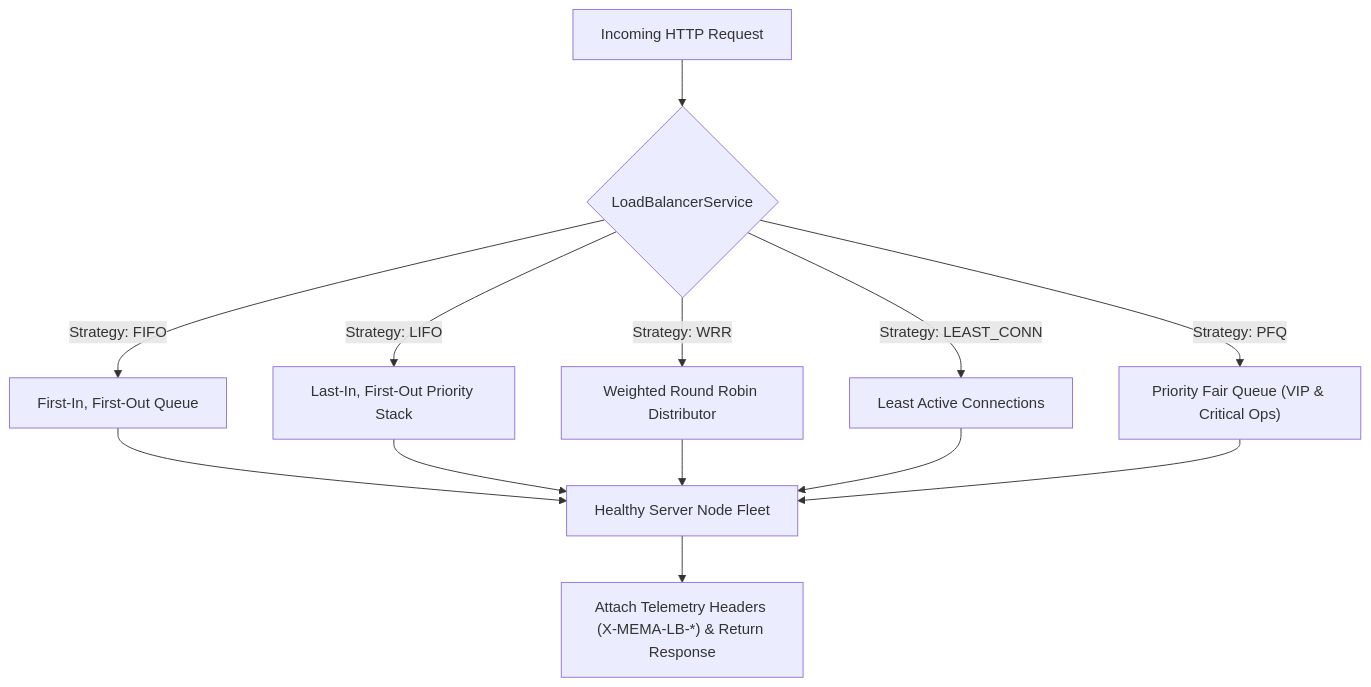
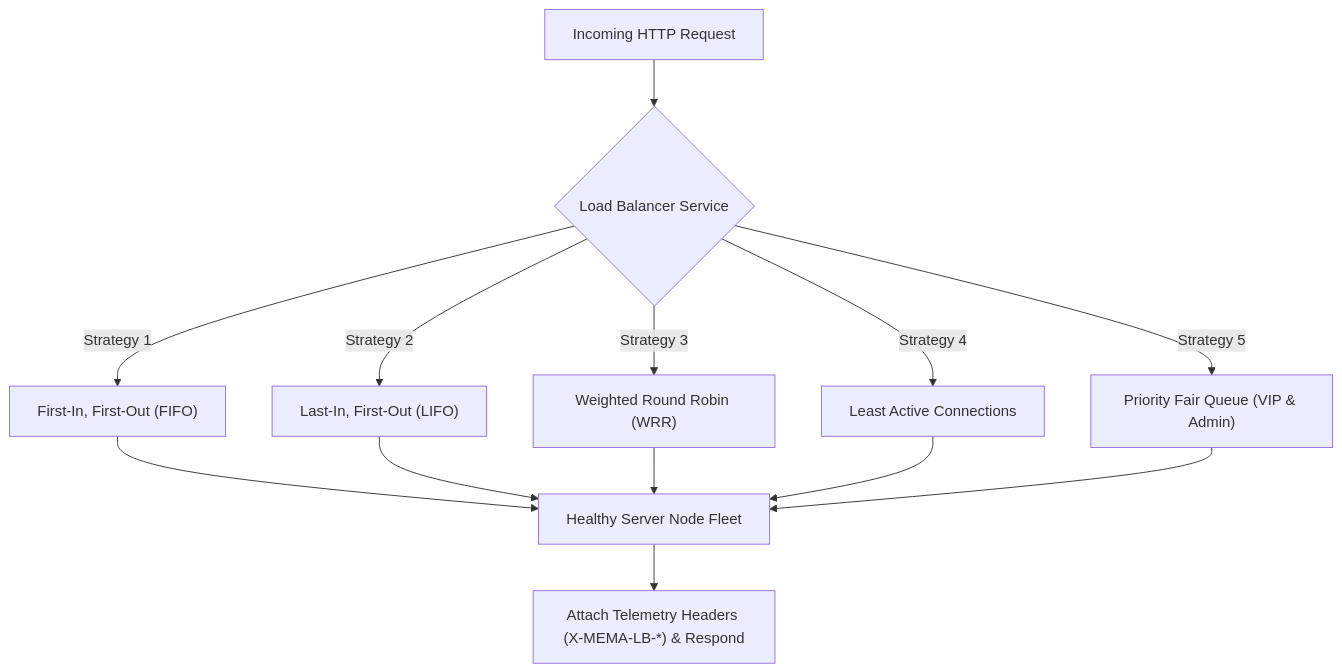
Before and after one commit to Dev-Ouma/memaerp: the fourth of 4 diagrams in README.md, drawn with Mermaid. The commit also changed other lines of this file, not shown here.

Commit message:
docs: simplify and modernize system landscape, network topology, applicant lifecycle, and load balancer mermaid diagrams in README.md

````diff
--- a/README.md
+++ b/README.md
@@ -163,17 +159,18 @@
 ```mermaid
 graph TD
-    REQ["Incoming HTTP Request"] --> LB_CORE{"LoadBalancerService"}
-    LB_CORE -->|Strategy: FIFO| FIFO["First-In, First-Out Queue"]
-    LB_CORE -->|Strategy: LIFO| LIFO["Last-In, First-Out Priority Stack"]
-    LB_CORE -->|Strategy: WRR| WRR["Weighted Round Robin Distributor"]
-    LB_CORE -->|Strategy: LEAST_CONN| LC["Least Active Connections"]
-    LB_CORE -->|Strategy: PFQ| PFQ["Priority Fair Queue (VIP & Critical Ops)"]
+    REQ["Incoming HTTP Request"] --> LB_ENGINE{"Load Balancer Service"}
 
-    FIFO --> FLEET["Healthy Server Node Fleet"]
-    LIFO --> FLEET
-    WRR --> FLEET
-    LC --> FLEET
-    PFQ --> FLEET
+    LB_ENGINE -->|Strategy 1| FIFO["First-In, First-Out (FIFO)"]
+    LB_ENGINE -->|Strategy 2| LIFO["Last-In, First-Out (LIFO)"]
+    LB_ENGINE -->|Strategy 3| WRR["Weighted Round Robin (WRR)"]
+    LB_ENGINE -->|Strategy 4| LC["Least Active Connections"]
+    LB_ENGINE -->|Strategy 5| PFQ["Priority Fair Queue (VIP & Admin)"]
 
-    FLEET --> RESP["Attach Telemetry Headers (X-MEMA-LB-*) & Return Response"]
+    FIFO --> NODES["Healthy Server Node Fleet"]
+    LIFO --> NODES
+    WRR --> NODES
+    LC --> NODES
+    PFQ --> NODES
+
+    NODES --> RESP["Attach Telemetry Headers (X-MEMA-LB-*) & Respond"]
 ```
````
